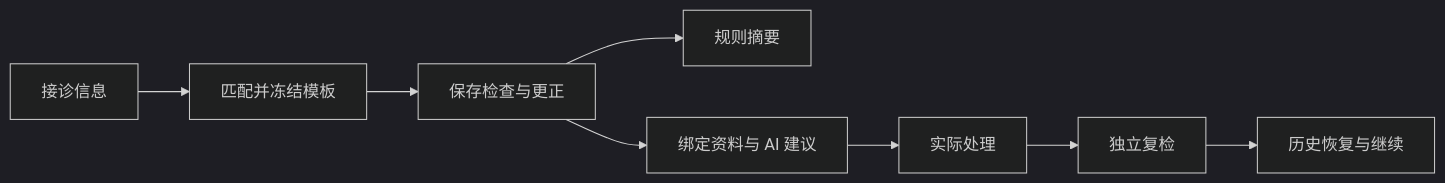
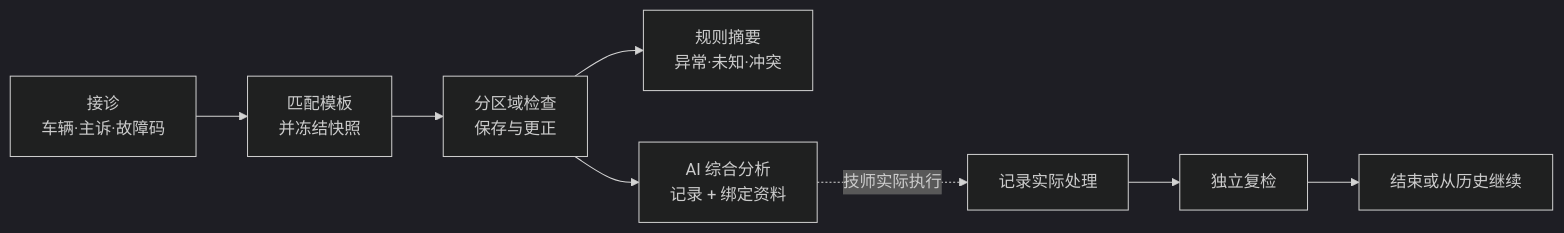
Before and after one commit to LI-opera/xiutu: the first of 2 diagrams in README.md, drawn with Mermaid (dark theme). The commit also changed other lines of this file and 8 other files, not shown here.

````diff
--- a/README.md
+++ b/README.md
@@ -9,10 +34,10 @@
 ```mermaid
 flowchart LR
-    A[接诊信息] --> B[匹配并冻结模板]
-    B --> C[保存检查与更正]
-    C --> D[规则摘要]
-    C --> E[绑定资料与 AI 建议]
-    E --> F[实际处理]
+    A[接诊<br/>车辆·主诉·故障码] --> B[匹配模板<br/>并冻结快照]
+    B --> C[分区域检查<br/>保存与更正]
+    C --> D[规则摘要<br/>异常·未知·冲突]
+    C --> E[AI 综合分析<br/>记录 + 绑定资料]
+    E -.技师实际执行.-> F[记录实际处理]
     F --> G[独立复检]
-    G --> H[历史恢复与继续]
+    G --> H[结束或从历史继续]
 ```
````
